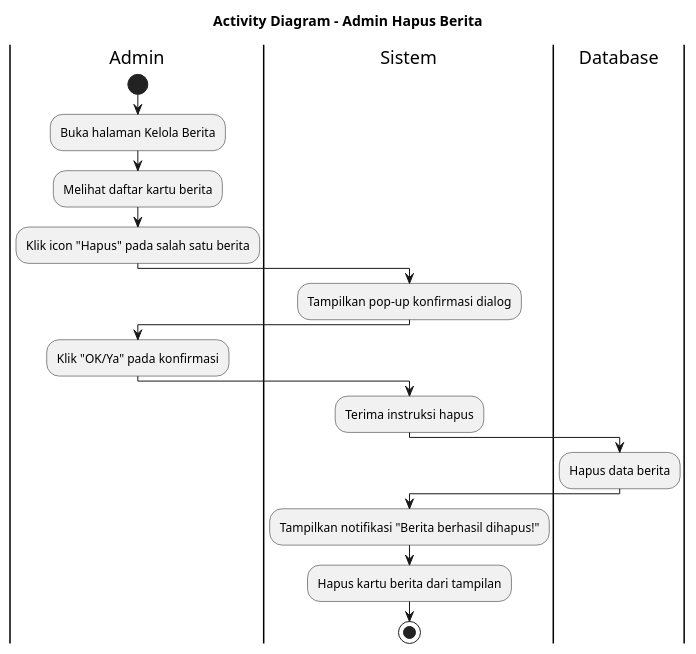
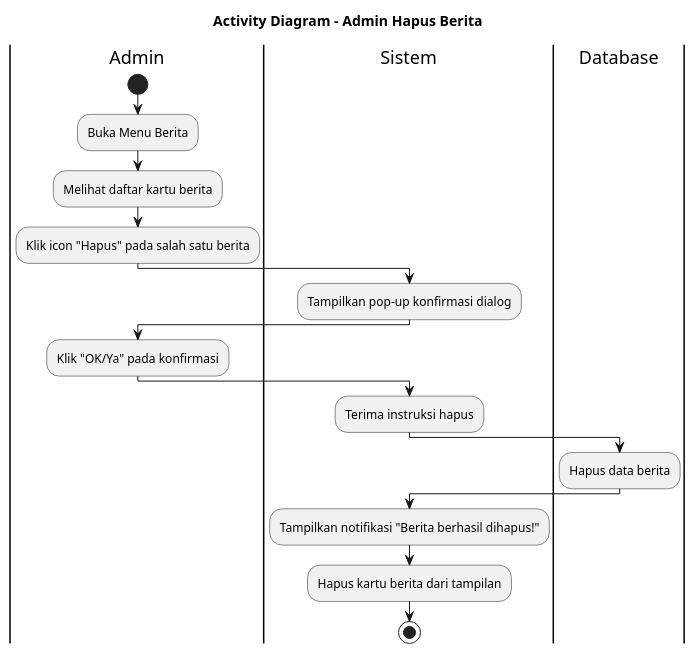
The diagram in diagram/activitydiagram_admin_hapus_berita.puml (jaddu17/capstonepmikp), drawn with PlantUML before and after one commit. The commit also changed 20 other files, not shown here.

```diff
--- a/diagram/activitydiagram_admin_hapus_berita.puml
+++ b/diagram/activitydiagram_admin_hapus_berita.puml
@@ -1,28 +1,28 @@
 @startuml ACTIVITY_DIAGRAM_ADMIN_HAPUS_BERITA
 title Activity Diagram - Admin Hapus Berita
 
 |Admin|
 start
-:Buka halaman Kelola Berita;
+:Buka Menu Berita;
 :Melihat daftar kartu berita;
 :Klik icon "Hapus" pada salah satu berita;
 
 |Sistem|
 :Tampilkan pop-up konfirmasi dialog;
 
 |Admin|
 :Klik "OK/Ya" pada konfirmasi;
 
 |Sistem|
 :Terima instruksi hapus;
 
 |Database|
 :Hapus data berita;
 
 |Sistem|
 :Tampilkan notifikasi "Berita berhasil dihapus!";
 :Hapus kartu berita dari tampilan;
 
 stop
 
 @enduml
```
